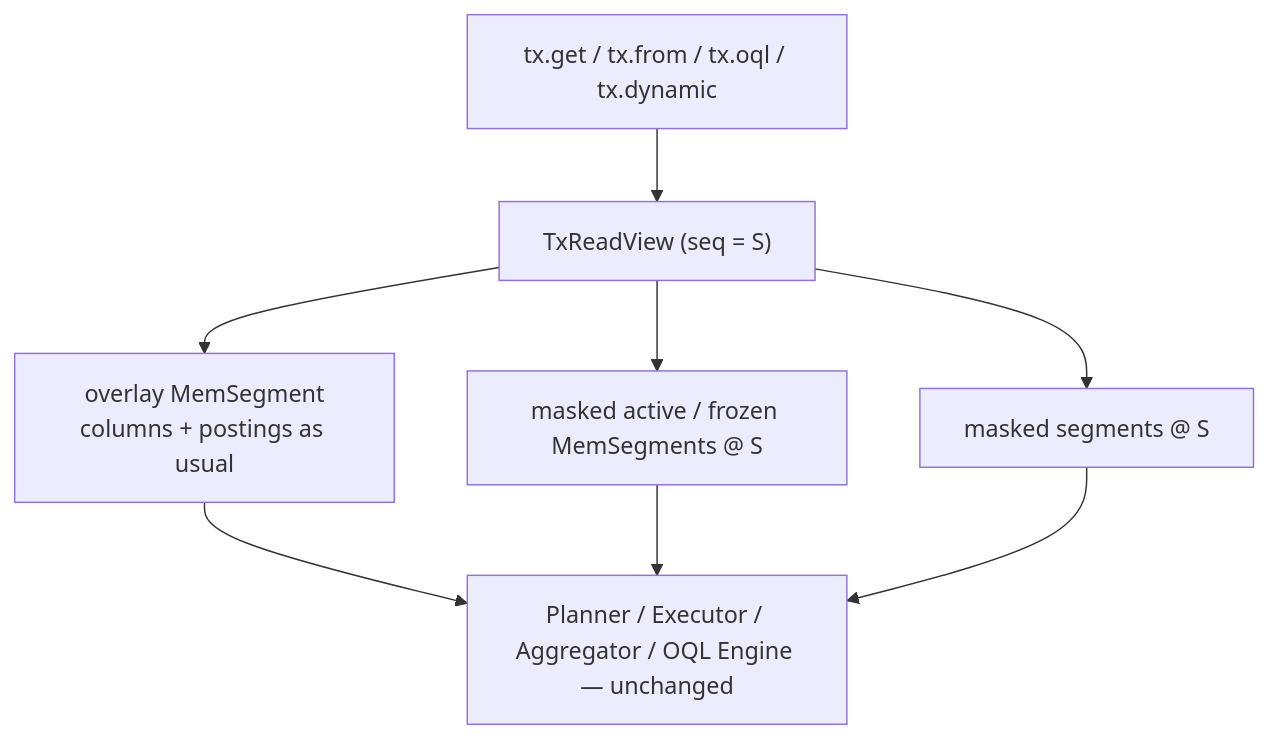
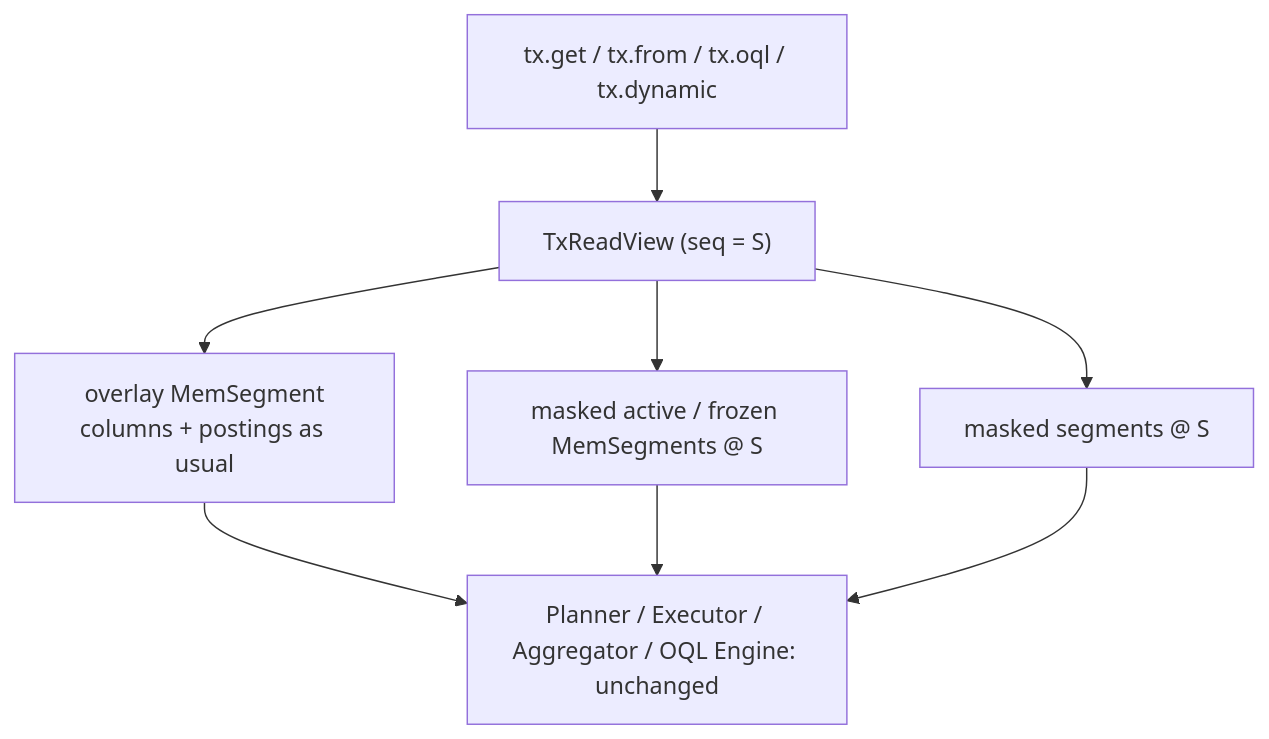
The third of 4 diagrams in docs/transaction-design.md (paganini2008/kookaburra), drawn with Mermaid before and after one commit. The commit also changed other lines of this file and 138 other files, not shown here.

````diff
--- a/docs/transaction-design.md
+++ b/docs/transaction-design.md
@@ -278,8 +290,8 @@
 ```mermaid
 flowchart TB
     Q["tx.get / tx.from / tx.oql / tx.dynamic"] --> TV["TxReadView (seq = S)"]
     TV --> OV["overlay MemSegment<br/>columns + postings as usual"]
     TV --> M1["masked active / frozen MemSegments @ S"]
     TV --> M2["masked segments @ S"]
-    OV & M1 & M2 --> EX["Planner / Executor / Aggregator / OQL Engine — unchanged"]
+    OV & M1 & M2 --> EX["Planner / Executor / Aggregator / OQL Engine: unchanged"]
 ```
````
